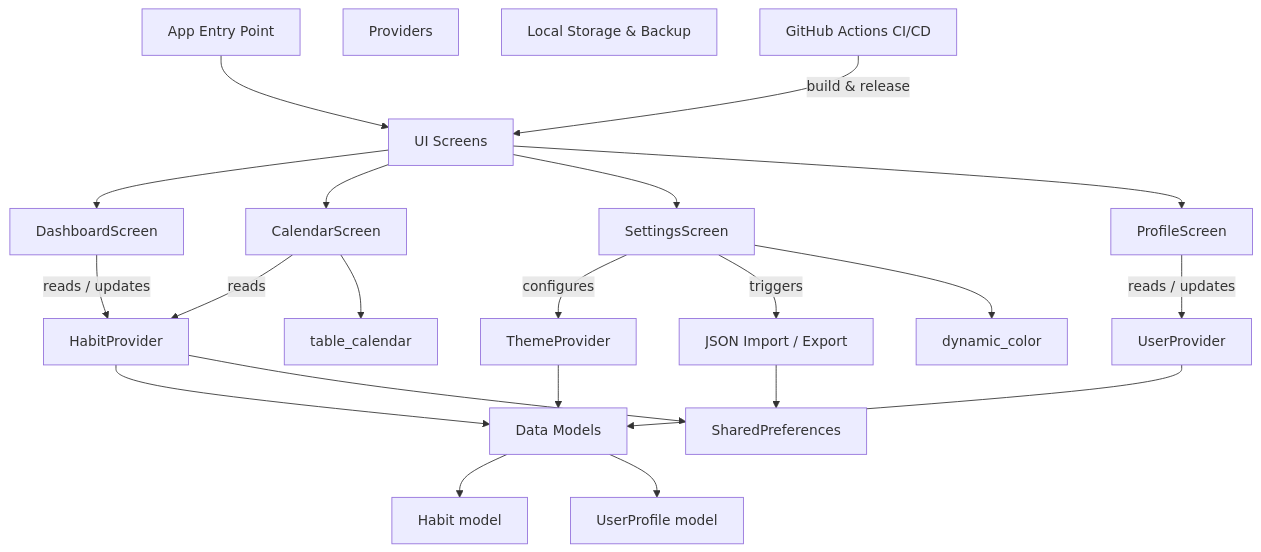
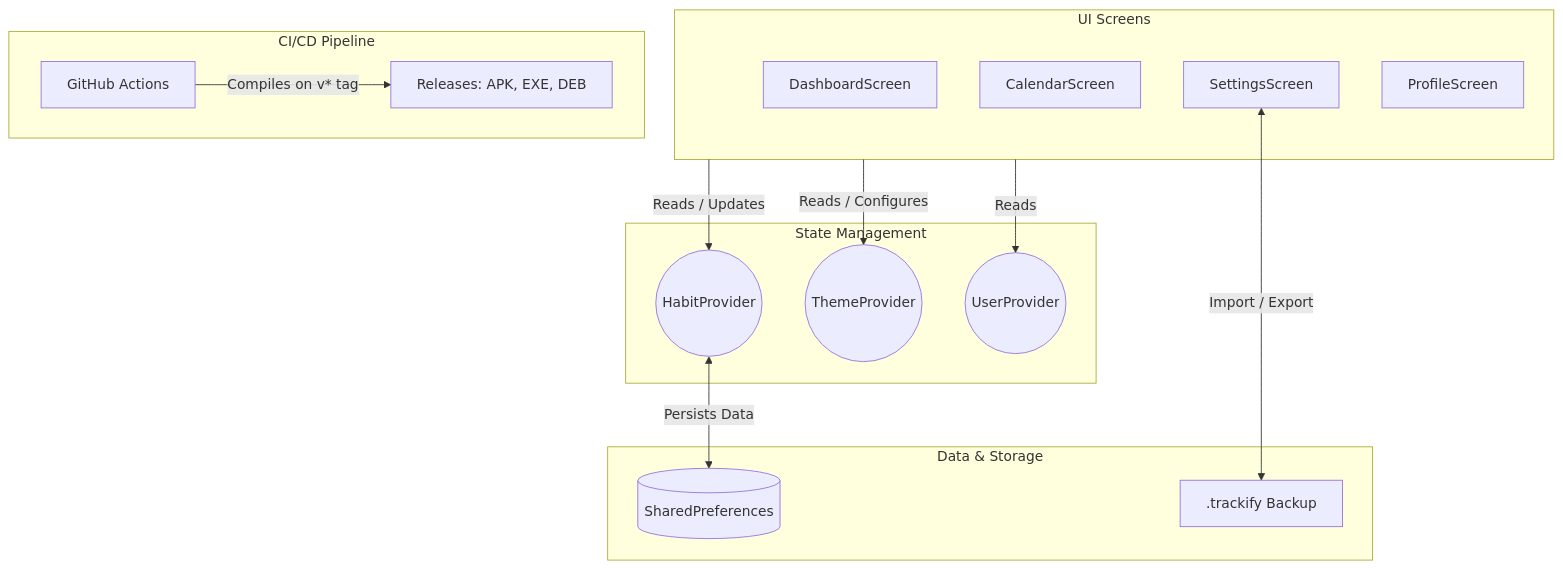
Before and after one commit to North-Abyss/Trackify-Flutter: the diagram in README.md, drawn with Mermaid. The commit also changed other lines of this file and 18 other files, not shown here.

Commit message:
Backup and reset data

````diff
--- a/README.md
+++ b/README.md
@@ -140,43 +152,38 @@
 ```mermaid
-flowchart TD
-  App[App Entry Point]
-  UI[UI Screens]
-  Dashboard[DashboardScreen]
-  Calendar[CalendarScreen]
-  Settings[SettingsScreen]
-  Profile[ProfileScreen]
-  Providers[Providers]
-  HabitProvider[HabitProvider]
-  ThemeProvider[ThemeProvider]
-  UserProvider[UserProvider]
-  Models[Data Models]
-  HabitModel[Habit model]
-  UserProfileModel[UserProfile model]
-  Storage[Local Storage & Backup]
-  SharedPref[SharedPreferences]
-  Backup[JSON Import / Export]
-  CalendarLib[table_calendar]
-  ThemeLib[dynamic_color]
-  CI[GitHub Actions CI/CD]
+graph TD
+    %% UI Layer
+    subgraph UI [UI Screens]
+        DS[DashboardScreen]
+        CS[CalendarScreen]
+        SS[SettingsScreen]
+        PS[ProfileScreen]
+    end
 
-  App --> UI
-  UI --> Dashboard
-  UI --> Calendar
-  UI --> Settings
-  UI --> Profile
-  Dashboard -->|reads / updates| HabitProvider
-  Calendar -->|reads| HabitProvider
-  Settings -->|configures| ThemeProvider
-  Settings -->|triggers| Backup
-  Profile -->|reads / updates| UserProvider
-  HabitProvider --> Models
-  ThemeProvider --> Models
-  UserProvider --> Models
-  Models --> HabitModel
-  Models --> UserProfileModel
-  HabitProvider --> SharedPref
-  Backup --> SharedPref
-  Calendar --> CalendarLib
-  Settings --> ThemeLib
-  CI -->|build & release| UI
+    %% State Management
+    subgraph State [State Management]
+        HP((HabitProvider))
+        TP((ThemeProvider))
+        UP((UserProvider))
+    end
+
+    %% Storage & DevOps
+    subgraph Data [Data & Storage]
+        SP[(SharedPreferences)]
+        TR[.trackify Backup]
+    end
+
+    subgraph CI [CI/CD Pipeline]
+        GA[GitHub Actions]
+        RL[Releases: APK, EXE, DEB]
+    end
+
+    %% Connections
+    UI -->|Reads / Updates| HP
+    UI -->|Reads / Configures| TP
+    UI -->|Reads| UP
+
+    HP <-->|Persists Data| SP
+    SS <-->|Import / Export| TR
+    
+    GA -->|Compiles on v* tag| RL
 ```
````
